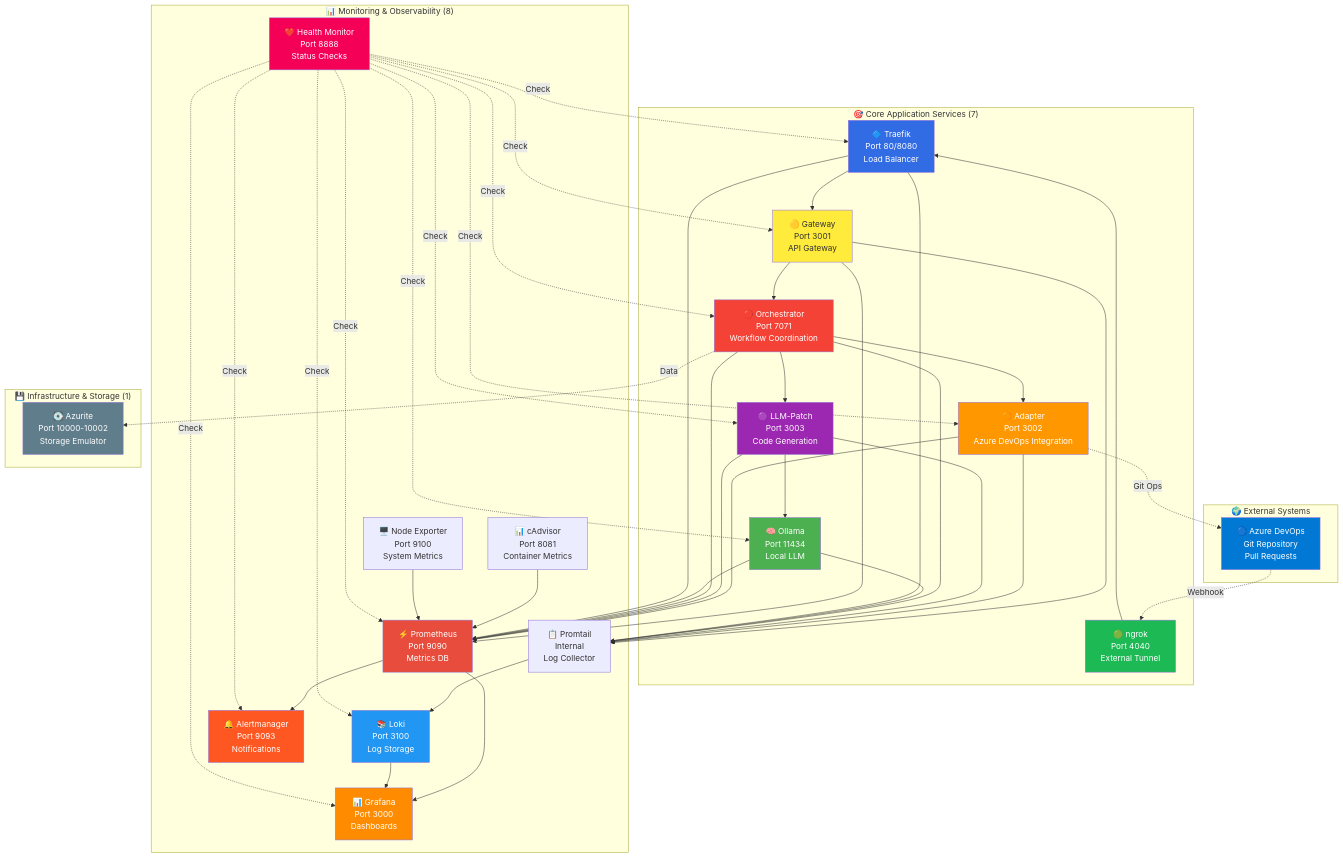
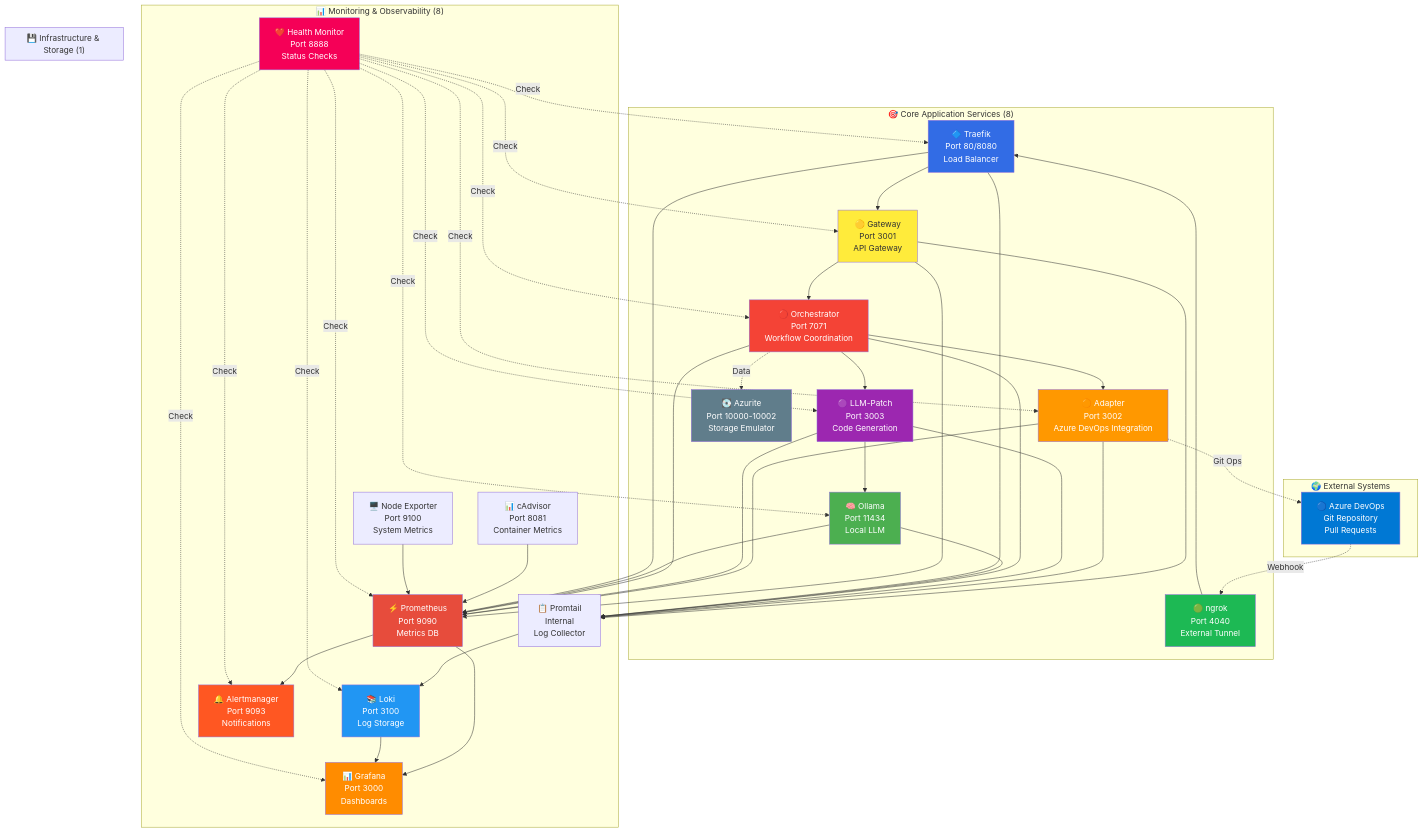
The third of 3 diagrams in README.md (ADASK-B/ai-code-agent), drawn with Mermaid before and after one commit. The commit also changed other lines of this file, not shown here.

First line of the commit message:
fix: Correct service counts and improve diagram documentation

````diff
--- a/README.md
+++ b/README.md
@@ -234,6 +236,6 @@
 ```mermaid
 graph TB
-    subgraph "🎯 Core Application Services (7)"
+    subgraph "🎯 Core Application Services (8)"
         TRAEFIK[🔷 Traefik<br/>Port 80/8080<br/>Load Balancer]
         GATEWAY[🟡 Gateway<br/>Port 3001<br/>API Gateway]
         ADAPTER[🟠 Adapter<br/>Port 3002<br/>Azure DevOps Integration]
@@ -241,6 +243,8 @@
         ORCHESTRATOR[🔴 Orchestrator<br/>Port 7071<br/>Workflow Coordination]
         NGROK[🟢 ngrok<br/>Port 4040<br/>External Tunnel]
         OLLAMA[🧠 Ollama<br/>Port 11434<br/>Local LLM]
+        AZURITE[💽 Azurite<br/>Port 10000-10002<br/>Storage Emulator]
+        AZURITE[💽 Azurite<br/>Port 10000-10002<br/>Storage Emulator]
     end
     
     subgraph "📊 Monitoring & Observability (8)"
````
